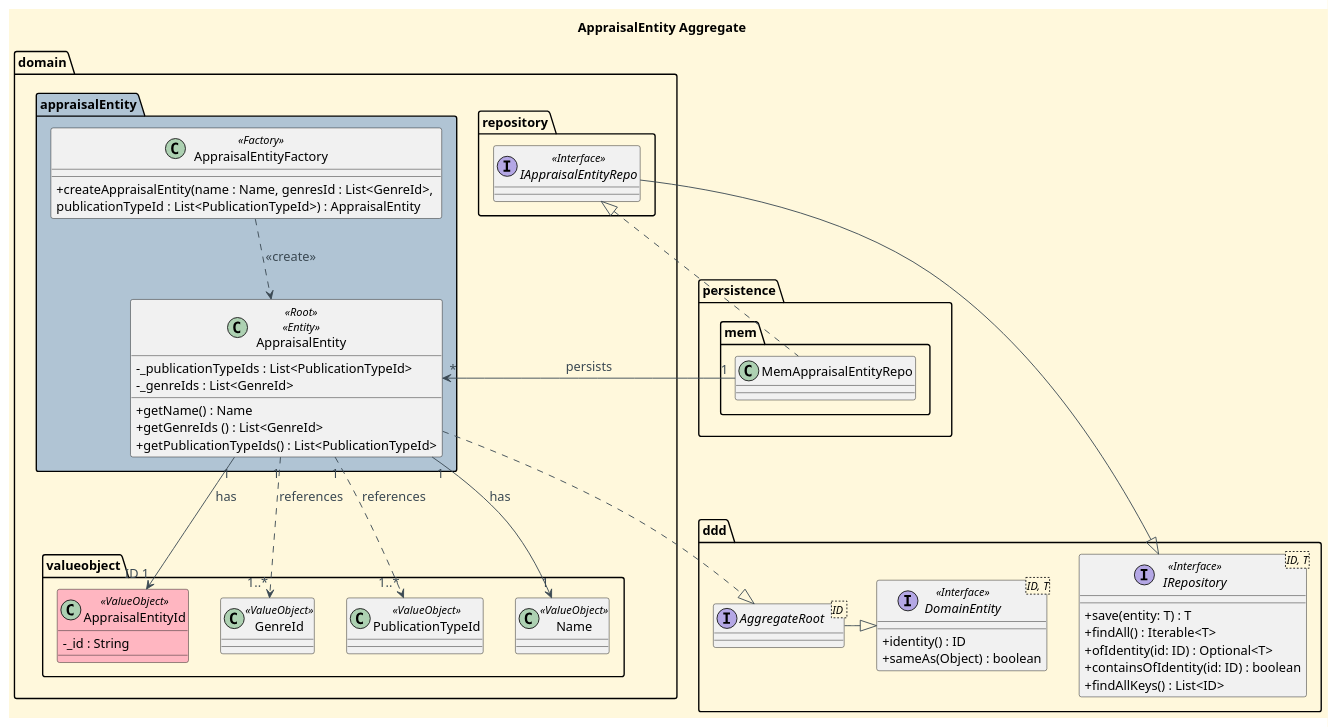
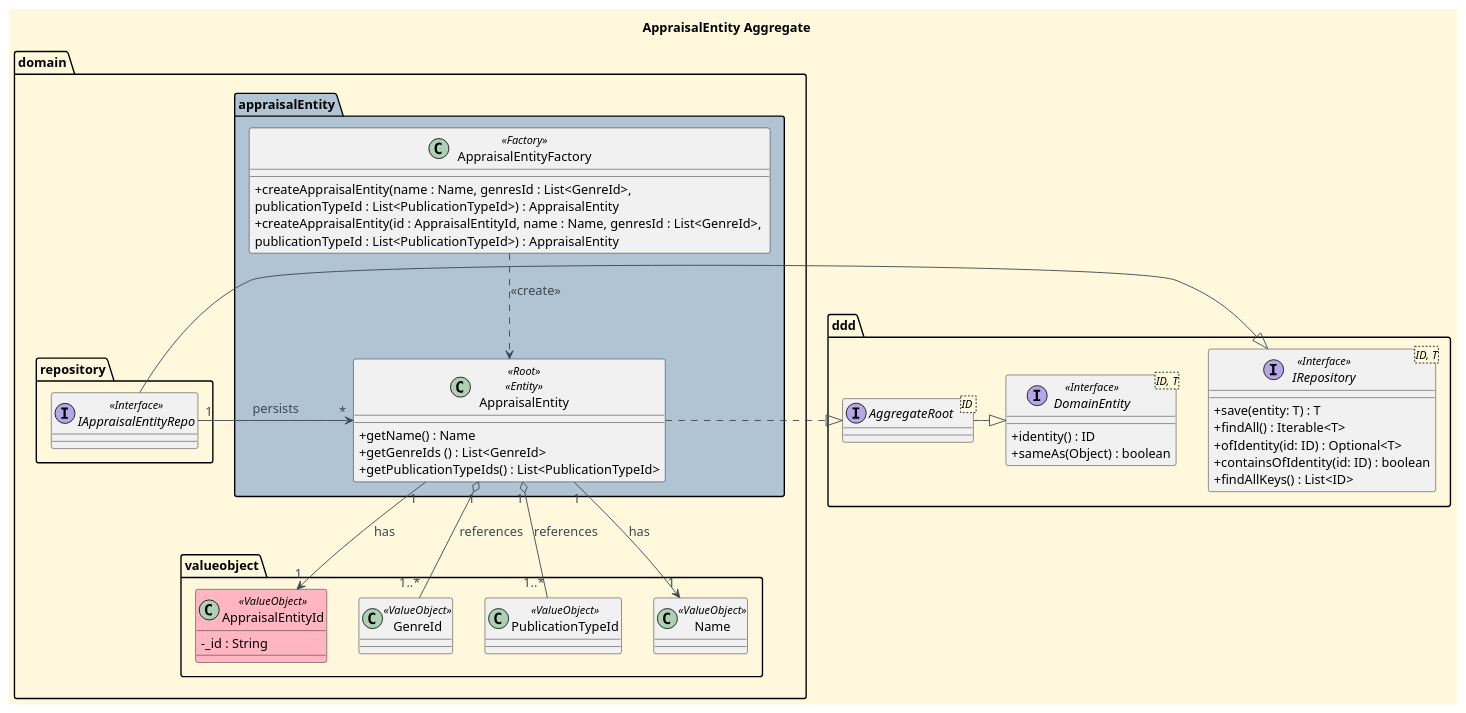
Before and after one commit to CarolinaLeite-collab/JavaMarketplacePlatform: the diagram in docs/aggregates-diagrams/Appraisal_Entity_Aggregate.puml, drawn with PlantUML.

Commit message:
docs: updated AppraisalEntity Aggregate Diagram, closes #653

```diff
--- a/docs/aggregates-diagrams/Appraisal_Entity_Aggregate.puml
+++ b/docs/aggregates-diagrams/Appraisal_Entity_Aggregate.puml
@@ -1,111 +1,110 @@
 @startuml
 
 '==== Title ====
 title AppraisalEntity Aggregate
 top to bottom direction
 
 '==== basic style ====
 skinparam monochrome false
 skinparam defaultFontName Futura
 skinparam objectFontSize 14
 skinparam backgroundColor CornSilk
 skinparam objectBackgroundColor WhiteSmoke
 skinparam noteBackgroundColor #FFFFE0
 skinparam ArrowFontColor #3B4953
 skinparam ArrowColor #3B4953
 skinparam ArrowFontSize 14
 skinparam PackageBorderColor #black
 skinparam classAttributeIconSize 0
 
 ' ===== Domain =====
 Package "domain" {
 
     Package "appraisalEntity" <<Folder>> #b0c4d4 {
         class AppraisalEntity <<Root>> <<Entity>>  {
-            -_publicationTypeIds : List<PublicationTypeId>
-            -_genreIds : List<GenreId>
+'            -_publicationTypeIds : List<PublicationTypeId>
+'            -_genreIds : List<GenreId>
 
             +getName() : Name
             +getGenreIds () : List<GenreId>
             +getPublicationTypeIds() : List<PublicationTypeId>
             }
 
     class AppraisalEntityFactory <<Factory>> {
         +createAppraisalEntity(name : Name, genresId : List<GenreId>, \npublicationTypeId : List<PublicationTypeId>) : AppraisalEntity
+        +createAppraisalEntity(id : AppraisalEntityId, name : Name, genresId : List<GenreId>, \npublicationTypeId : List<PublicationTypeId>) : AppraisalEntity
 
         }
     }
 
     package "repository" <<Folder>> {
         interface IAppraisalEntityRepo <<Interface>> {
-
         }
     }
 
     Package "valueobject" {
         '== Value Objects (Ids) ==
         class AppraisalEntityId <<ValueObject>> #LightPink {
         -_id : String
 
        }
         class GenreId <<ValueObject>> {
 
         }
         class PublicationTypeId <<ValueObject>> {
 
         }
         ' ===== Value Objects =====
         class Name <<ValueObject>> {
 
         }
 
     }
 
 }
 
 ' ===== Repository =====
-package "persistence" <<Folder>> {
-
-    package "mem" {
-        class MemAppraisalEntityRepo {
-
-        }
-
-    }
-
-}
+'package "persistence" <<Folder>> {
+'
+'    package "mem" {
+'        class MemoAppraisalEntityRepo {
+'
+'        }
+'
+'    }
+'
+'}
 
 Package "ddd" {
     interface IRepository<ID, T> <<Interface>> {
         +save(entity: T) : T
         +findAll() : Iterable<T>
         +ofIdentity(id: ID) : Optional<T>
         +containsOfIdentity(id: ID) : boolean
         +findAllKeys() : List<ID>
     }
 
     interface AggregateRoot <ID >{
     }
     interface DomainEntity<ID, T> <<Interface>> {
         +identity() : ID
         +sameAs(Object) : boolean
     }
 }
 
 ' ===== Interactions =====
-AppraisalEntity "1" --> "ID 1" AppraisalEntityId : has
-AppraisalEntity "1" ..> "1..*" GenreId : references
-AppraisalEntity "1" ..> "1..*" PublicationTypeId : references
+AppraisalEntity "1" --> "1" AppraisalEntityId : has
+AppraisalEntity "1" o-- "1..*" GenreId : references
+AppraisalEntity "1" o-- "1..*" PublicationTypeId : references
 AppraisalEntity "1" --> "1" Name : has
-AppraisalEntity "*" <- "1" MemAppraisalEntityRepo : persists
+AppraisalEntity "*" <- "1" IAppraisalEntityRepo : persists
 
 AppraisalEntityFactory ..> AppraisalEntity : <<create>>
 
-
-IAppraisalEntityRepo <|. MemAppraisalEntityRepo
-IAppraisalEntityRepo ---|> IRepository
+'IAppraisalEntityRepo <|. MemoAppraisalEntityRepo
+IAppraisalEntityRepo -|> IRepository
 AggregateRoot -|> DomainEntity
 AppraisalEntity .|> AggregateRoot
 
 
 @enduml
```
